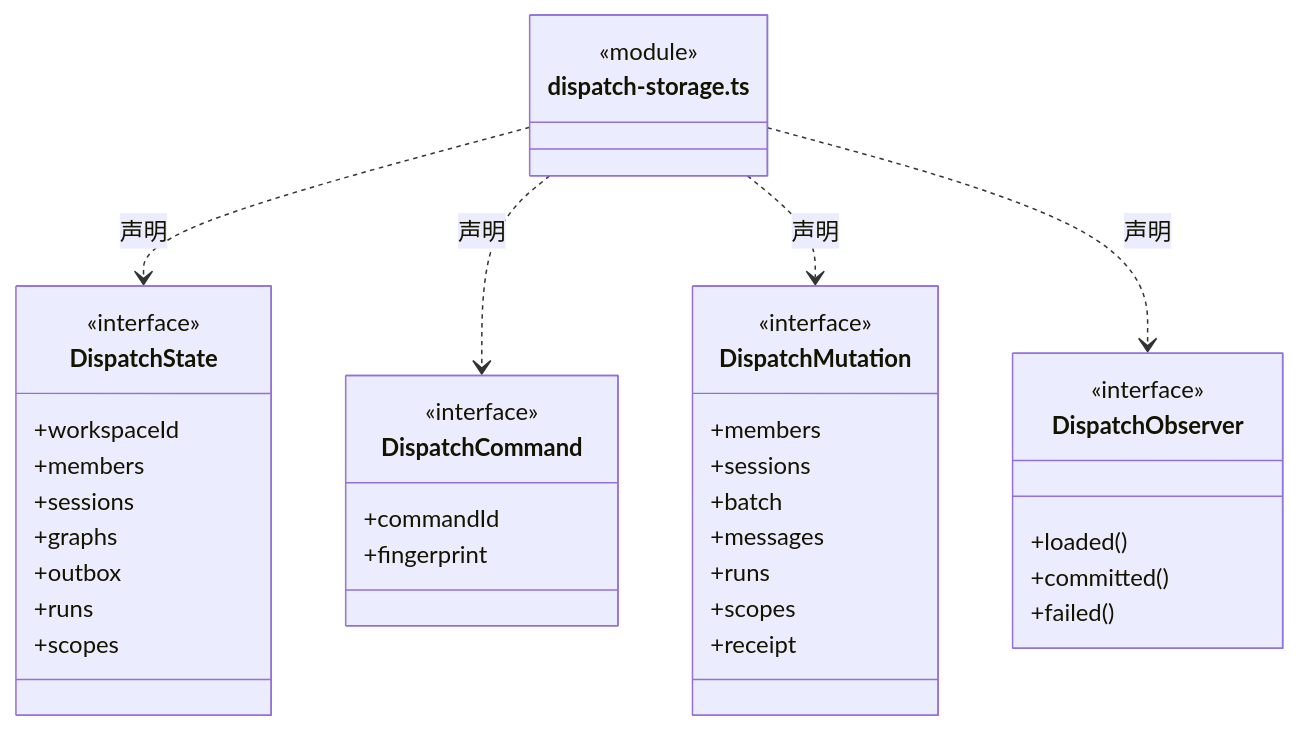
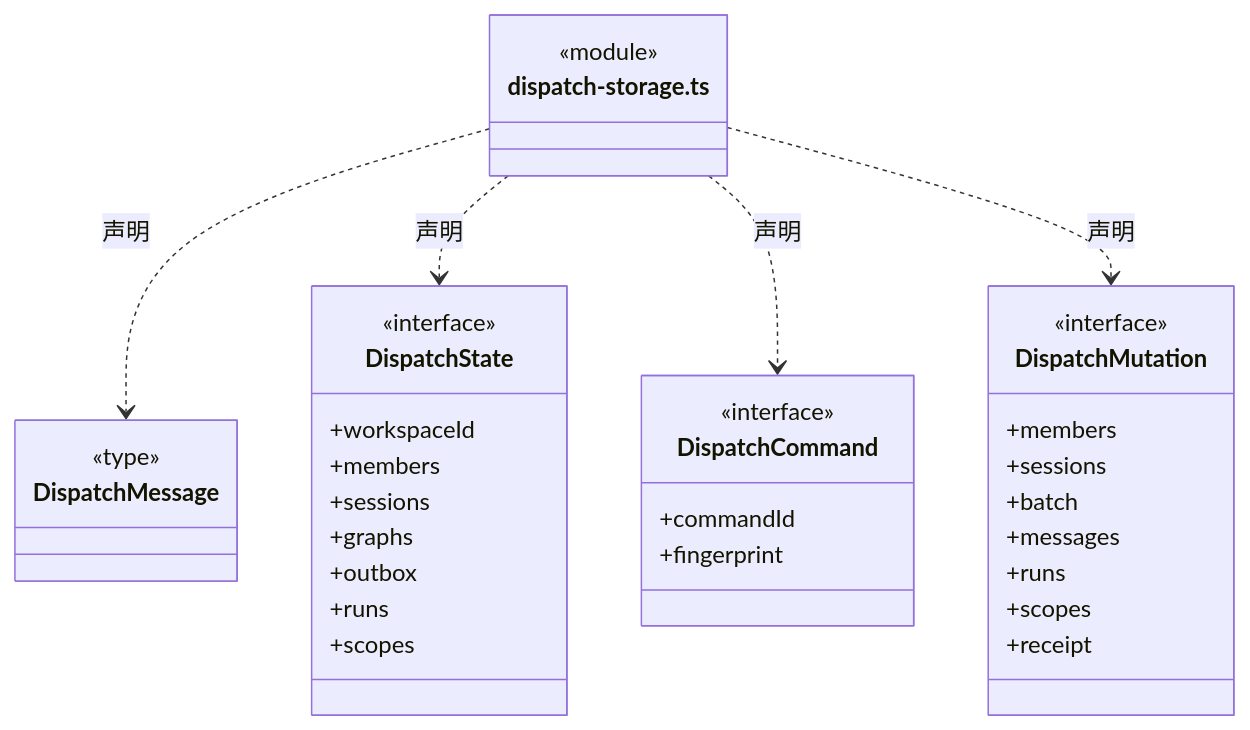
Before and after one commit to nan023062/cbim: the eighth of 60 diagrams in src/backend/core/tasks/ARCHITECTURE.md, drawn with Mermaid. The commit also changed other lines of this file and 47 other files, not shown here.

````diff
--- a/src/backend/core/tasks/ARCHITECTURE.md
+++ b/src/backend/core/tasks/ARCHITECTURE.md
@@ -229,41 +235,39 @@
 ```mermaid
 classDiagram
 class N_src_backend_core_tasks_dispatch_storage_ts["dispatch-storage.ts"] {
   <<module>>
 }
+class N_src_backend_core_tasks_dispatch_storage_ts_DispatchMessage["DispatchMessage"] {
+  <<type>>
+
+}
+N_src_backend_core_tasks_dispatch_storage_ts ..> N_src_backend_core_tasks_dispatch_storage_ts_DispatchMessage : 声明
 class N_src_backend_core_tasks_dispatch_storage_ts_DispatchState["DispatchState"] {
   <<interface>>
   +workspaceId
   +members
   +sessions
   +graphs
   +outbox
   +runs
   +scopes
 }
 N_src_backend_core_tasks_dispatch_storage_ts ..> N_src_backend_core_tasks_dispatch_storage_ts_DispatchState : 声明
 class N_src_backend_core_tasks_dispatch_storage_ts_DispatchCommand["DispatchCommand"] {
   <<interface>>
   +commandId
   +fingerprint
 }
 N_src_backend_core_tasks_dispatch_storage_ts ..> N_src_backend_core_tasks_dispatch_storage_ts_DispatchCommand : 声明
 class N_src_backend_core_tasks_dispatch_storage_ts_DispatchMutation["DispatchMutation"] {
   <<interface>>
   +members
   +sessions
   +batch
   +messages
   +runs
   +scopes
   +receipt
 }
 N_src_backend_core_tasks_dispatch_storage_ts ..> N_src_backend_core_tasks_dispatch_storage_ts_DispatchMutation : 声明
-class N_src_backend_core_tasks_dispatch_storage_ts_DispatchObserver["DispatchObserver"] {
-  <<interface>>
-  +loaded()
-  +committed()
-  +failed()
-}
-N_src_backend_core_tasks_dispatch_storage_ts ..> N_src_backend_core_tasks_dispatch_storage_ts_DispatchObserver : 声明
 ```
````
